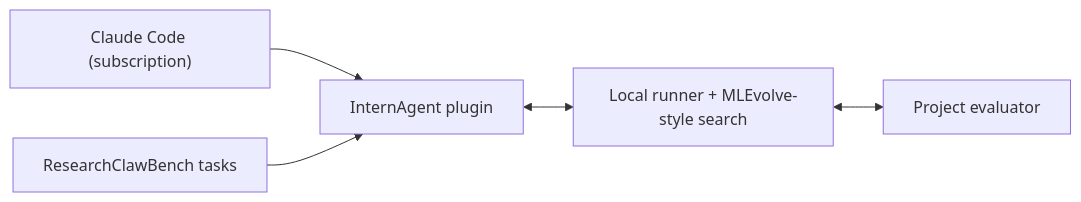
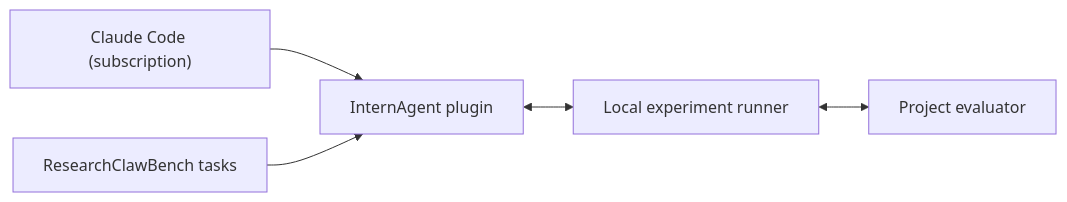
The second of 2 diagrams in README.md (rexkwoncode/internagent-claude), drawn with Mermaid before and after one commit. The commit also changed other lines of this file and 10 other files, not shown here.

````diff
--- a/README.md
+++ b/README.md
@@ -30,7 +30,7 @@
 ```mermaid
 flowchart LR
     Claude["Claude Code (subscription)"] --> Plugin["InternAgent plugin"]
-    Plugin <--> Runner["Local runner + MLEvolve-style search"]
+    Plugin <--> Runner["Local experiment runner"]
     Runner <--> Evaluator["Project evaluator"]
     ResearchClaw["ResearchClawBench tasks"] --> Plugin
 ```
````
